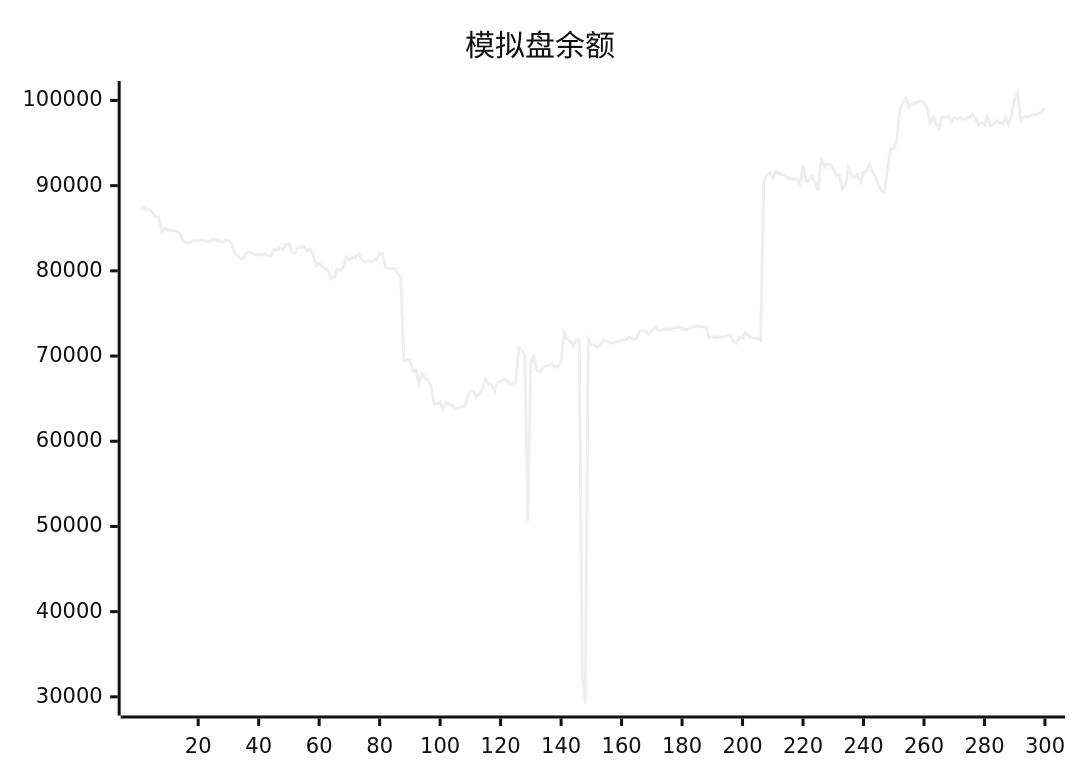
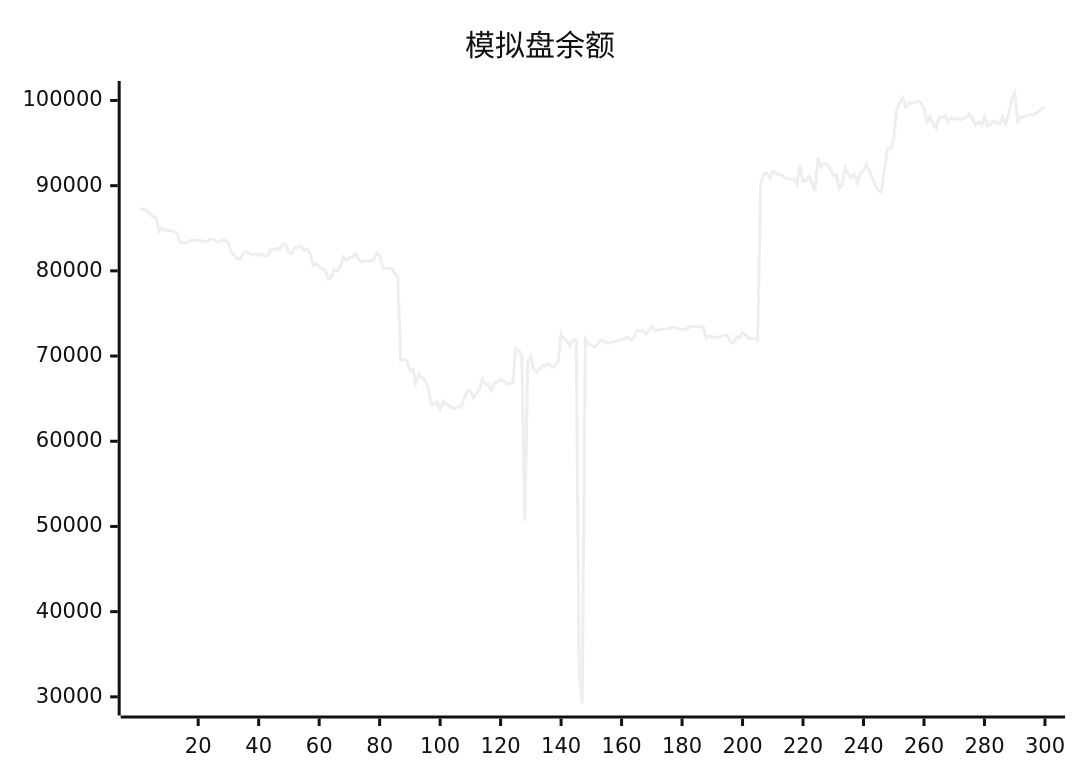
The diagram in README.md (aahl/ai-trading), drawn with Mermaid (neutral theme) before and after one commit. The commit also changed other lines of this file and 1 other file, not shown here.

````diff
--- a/README.md
+++ b/README.md
@@ -5,5 +5,5 @@
 ```mermaid
 xychart
     title "模拟盘余额"
-    line [87420,87373,87161,87178,86740,86341,86315,84643,85012,84772,84768,84690,84635,84376,83360,83357,83259,83474,83608,83606,83602,83548,83440,83454,83724,83644,83464,83365,83590,83592,83275,82072,81806,81344,81492,82109,82254,82006,81848,81955,81829,82022,81769,81776,82522,82441,82656,82498,83144,83144,82150,82038,82797,82763,82872,82367,82536,81981,80612,80862,80484,80242,80034,79063,79245,80226,80016,80507,81625,81233,81544,81578,82016,81401,81019,81186,81130,81118,81306,82066,81909,80392,80304,80291,80258,79729,79261,69466,69579,69456,68251,68415,66832,67911,67462,67144,66432,64380,64375,64606,63740,64647,64324,64216,63842,63877,64078,64008,65156,65945,65888,65157,65625,66144,67284,66653,66639,65924,66925,66956,67263,67108,66766,66729,66886,70927,70673,70049,50652,69334,69973,68400,68061,68578,68876,68879,69055,68662,68822,69329,72687,71999,71760,71162,71911,71896,32500,29218,71927,71297,71305,71044,71337,71883,71822,71536,71536,71622,71723,71880,71860,72100,72216,71887,72077,72940,72976,72966,72638,72948,73497,73004,73041,73173,73160,73186,73258,73375,73351,73173,73098,73161,73305,73474,73536,73457,73413,73412,72100,72333,72164,72272,72204,72285,72461,72421,71652,71521,72267,72157,72774,72424,72144,72060,72091,71858,90185,91338,91466,90900,91678,91404,91268,91244,90903,90779,90787,90721,90187,92429,90518,90619,91070,90328,89376,93286,92202,92581,92485,91947,91196,91259,89619,90086,92063,91355,90950,91327,90373,91498,91800,92531,91603,90910,90031,89351,89334,92097,94406,94315,95455,98972,99763,100286,99229,99622,99701,99805,99938,99738,99082,97430,98094,97267,96741,98081,98013,98194,97447,97983,97789,97969,97729,97911,98043,98405,97912,97120,97448,97154,98095,97021,97190,97616,97402,97263,98035,97210,98424,100120,100876,97552,98049,98085,98228,98388,98342,98488,98750,99086]
+    line [87373,87161,87178,86740,86341,86315,84643,85012,84772,84768,84690,84635,84376,83360,83357,83259,83474,83608,83606,83602,83548,83440,83454,83724,83644,83464,83365,83590,83592,83275,82072,81806,81344,81492,82109,82254,82006,81848,81955,81829,82022,81769,81776,82522,82441,82656,82498,83144,83144,82150,82038,82797,82763,82872,82367,82536,81981,80612,80862,80484,80242,80034,79063,79245,80226,80016,80507,81625,81233,81544,81578,82016,81401,81019,81186,81130,81118,81306,82066,81909,80392,80304,80291,80258,79729,79261,69466,69579,69456,68251,68415,66832,67911,67462,67144,66432,64380,64375,64606,63740,64647,64324,64216,63842,63877,64078,64008,65156,65945,65888,65157,65625,66144,67284,66653,66639,65924,66925,66956,67263,67108,66766,66729,66886,70927,70673,70049,50652,69334,69973,68400,68061,68578,68876,68879,69055,68662,68822,69329,72687,71999,71760,71162,71911,71896,32500,29218,71927,71297,71305,71044,71337,71883,71822,71536,71536,71622,71723,71880,71860,72100,72216,71887,72077,72940,72976,72966,72638,72948,73497,73004,73041,73173,73160,73186,73258,73375,73351,73173,73098,73161,73305,73474,73536,73457,73413,73412,72100,72333,72164,72272,72204,72285,72461,72421,71652,71521,72267,72157,72774,72424,72144,72060,72091,71858,90185,91338,91466,90900,91678,91404,91268,91244,90903,90779,90787,90721,90187,92429,90518,90619,91070,90328,89376,93286,92202,92581,92485,91947,91196,91259,89619,90086,92063,91355,90950,91327,90373,91498,91800,92531,91603,90910,90031,89351,89334,92097,94406,94315,95455,98972,99763,100286,99229,99622,99701,99805,99938,99738,99082,97430,98094,97267,96741,98081,98013,98194,97447,97983,97789,97969,97729,97911,98043,98405,97912,97120,97448,97154,98095,97021,97190,97616,97402,97263,98035,97210,98424,100120,100876,97552,98049,98085,98228,98388,98342,98488,98750,99086,99181]
 ```
````
